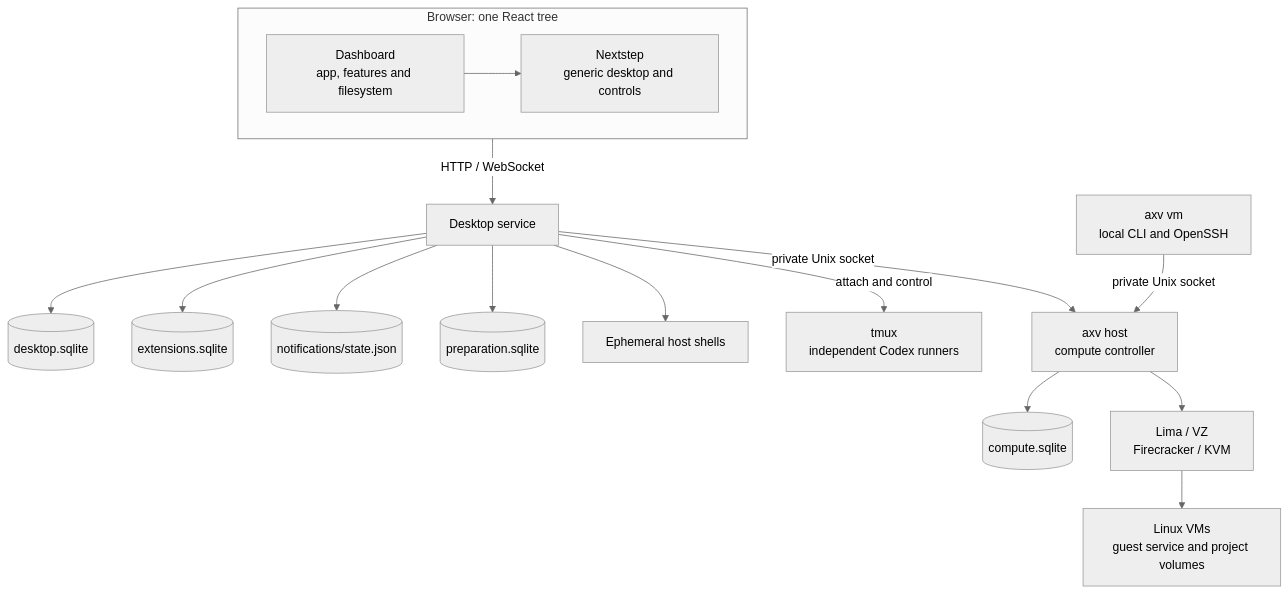
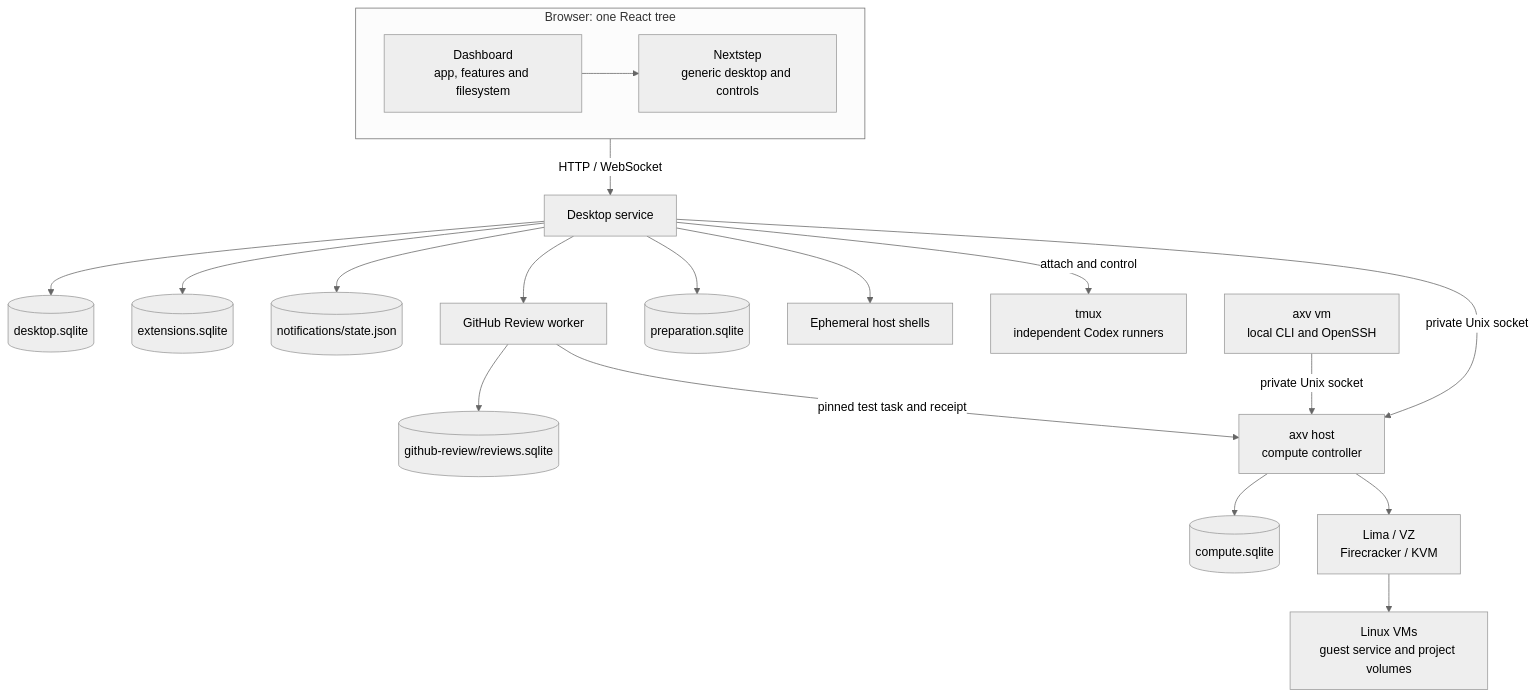
One commit to cofy-x/axv changed the diagram in docs/architecture.md. Above: the diagram before and after it, drawn with Mermaid (neutral theme). The commit also changed other lines of this file and 107 other files, not shown here.

First line of the commit message:
feat: add local GitHub Review with VM verification (#109)

````diff
--- a/docs/architecture.md
+++ b/docs/architecture.md
@@ -7,21 +7,24 @@
 ```mermaid
 flowchart TB
     subgraph Browser["Browser: one React tree"]
         direction LR
         Dashboard["Dashboard<br/>app, features and filesystem"]
         Desktop["Nextstep<br/>generic desktop and controls"]
         Dashboard --> Desktop
     end
     Browser -->|HTTP / WebSocket| API["Desktop service"]
     API --> State[(desktop.sqlite)]
     API --> Extensions[(extensions.sqlite)]
     API --> NotificationStore[(notifications/state.json)]
+    API --> Reviews["GitHub Review worker"]
+    Reviews --> ReviewStore[(github-review/reviews.sqlite)]
     API --> Preparation[(preparation.sqlite)]
     API --> Shell["Ephemeral host shells"]
     API -->|attach and control| Codex["tmux<br/>independent Codex runners"]
     API -->|private Unix socket| Host["axv host<br/>compute controller"]
+    Reviews -->|pinned test task and receipt| Host
     CLI["axv vm<br/>local CLI and OpenSSH"] -->|private Unix socket| Host
     Host --> Compute[(compute.sqlite)]
     Host --> Providers["Lima / VZ<br/>Firecracker / KVM"]
     Providers --> VM["Linux VMs<br/>guest service and project volumes"]
 ```
````
